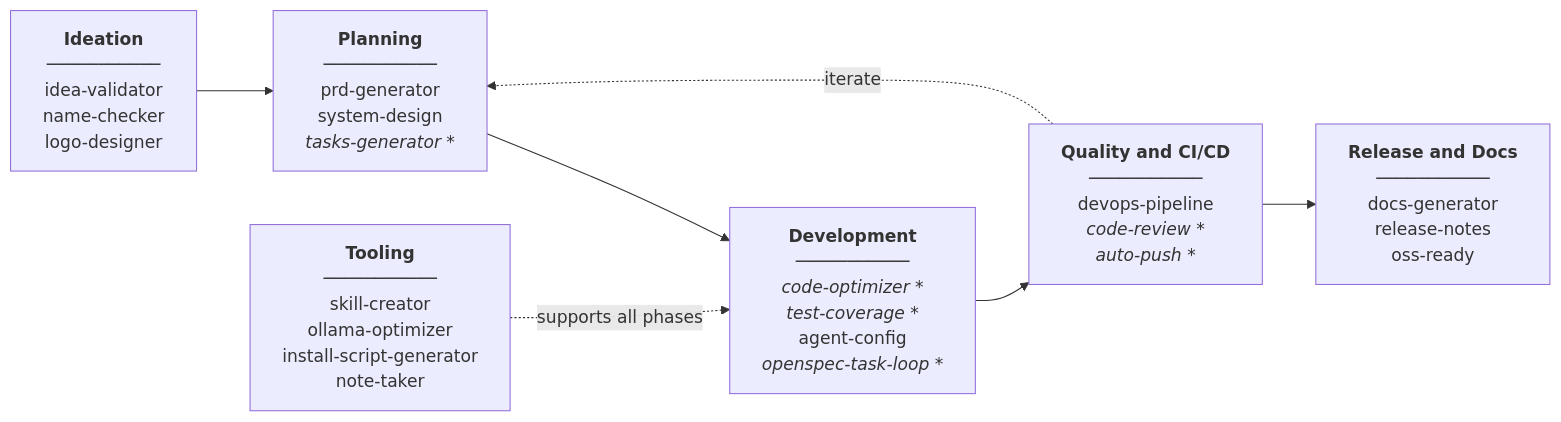
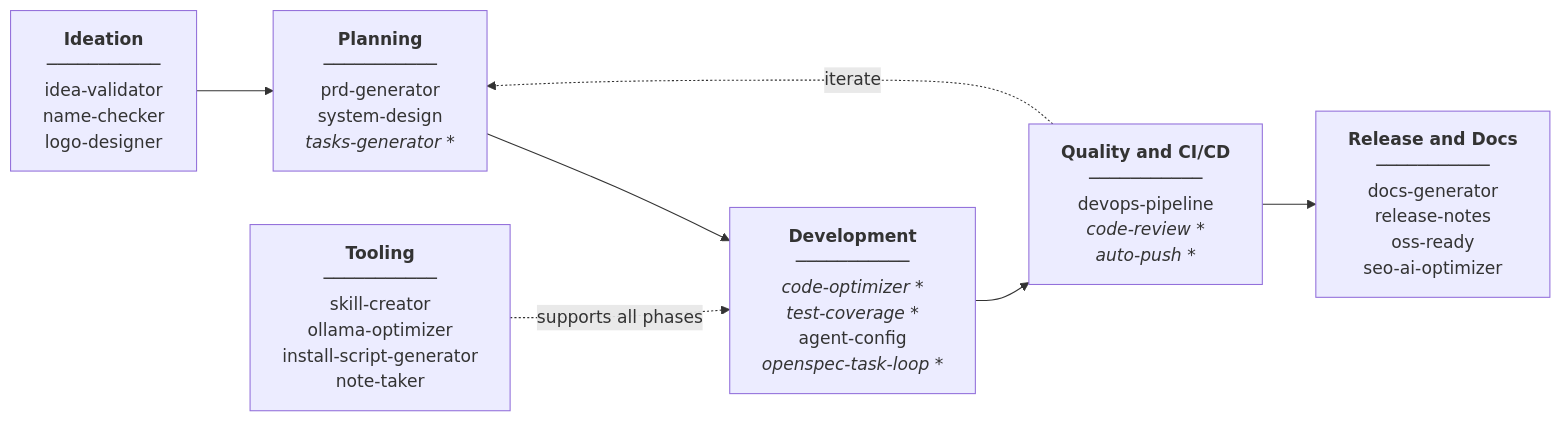
Before and after one commit to luongnv89/skills: the diagram in README.md, drawn with Mermaid. The commit also changed other lines of this file, not shown here.

Commit message:
docs: add missing seo-ai-optimizer skill to README

````diff
--- a/README.md
+++ b/README.md
@@ -37,16 +37,16 @@
 ```mermaid
 flowchart LR
     IDEATION["<b>Ideation</b><br/>───────────<br/>idea-validator<br/>name-checker<br/>logo-designer"]
     PLANNING["<b>Planning</b><br/>───────────<br/>prd-generator<br/>system-design<br/><i>tasks-generator *</i>"]
     DEVELOPMENT["<b>Development</b><br/>───────────<br/><i>code-optimizer *</i><br/><i>test-coverage *</i><br/>agent-config<br/><i>openspec-task-loop *</i>"]
     QUALITY["<b>Quality and CI/CD</b><br/>───────────<br/>devops-pipeline<br/><i>code-review *</i><br/><i>auto-push *</i>"]
-    RELEASE["<b>Release and Docs</b><br/>───────────<br/>docs-generator<br/>release-notes<br/>oss-ready"]
+    RELEASE["<b>Release and Docs</b><br/>───────────<br/>docs-generator<br/>release-notes<br/>oss-ready<br/>seo-ai-optimizer"]
     TOOLING["<b>Tooling</b><br/>───────────<br/>skill-creator<br/>ollama-optimizer<br/>install-script-generator<br/>note-taker"]
 
     IDEATION --> PLANNING
     PLANNING --> DEVELOPMENT
     DEVELOPMENT --> QUALITY
     QUALITY --> RELEASE
     QUALITY -.->|iterate| PLANNING
     TOOLING -.->|supports all phases| DEVELOPMENT
 ```
````
